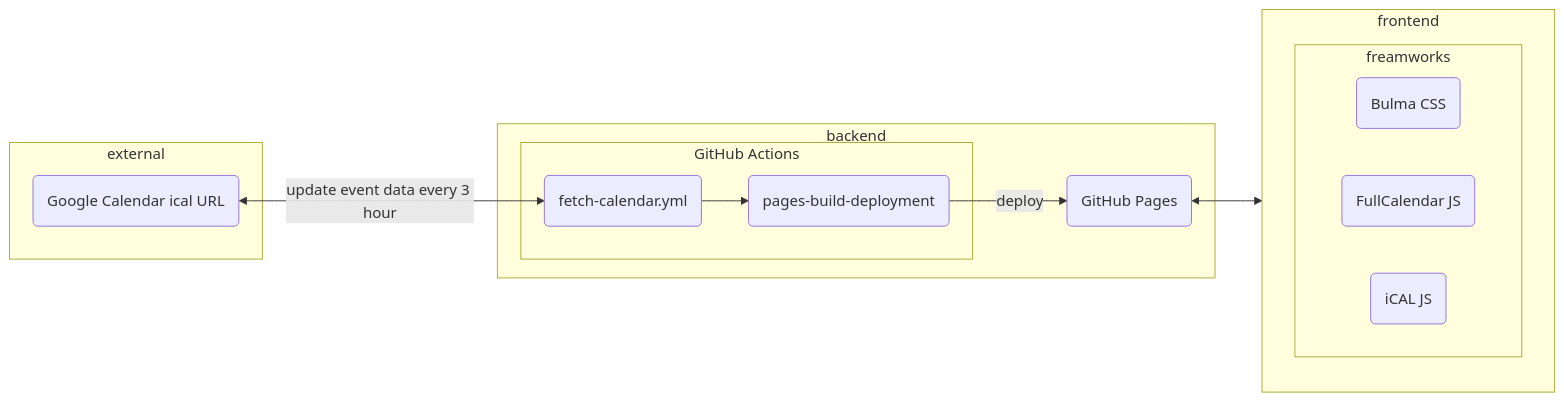
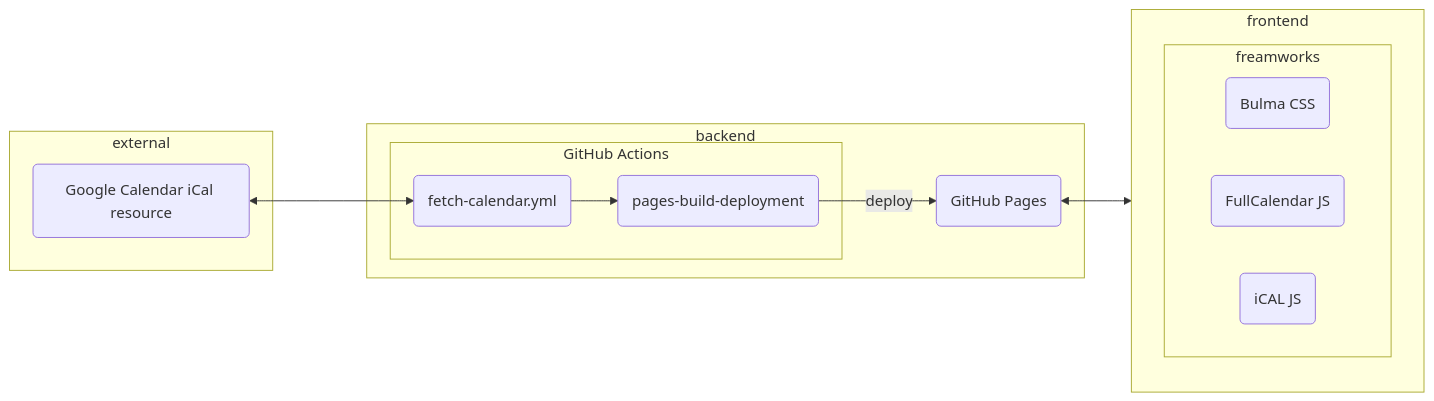
One commit to fox-Nh133/rover-calendar changed the diagram in README.md. Above: the diagram before and after it, drawn with Mermaid.

````diff
--- a/README.md
+++ b/README.md
@@ -10,25 +10,25 @@
 ```mermaid
 graph LR
     subgraph frontend
         subgraph freamworks
            css(Bulma CSS)
            js1(FullCalendar JS)
            js2(iCAL JS)
         end
     end
     subgraph backend
         gh-page(GitHub Pages)
         subgraph GitHub Actions
             fetch(fetch-calendar.yml)
             deploy(pages-build-deployment) 
         end
     end
     subgraph external
-        iCalResource(Google Calendar ical URL)
+        iCalResource(Google Calendar iCal resource)
     end
 
     gh-page <--> frontend
-    iCalResource <--update event data every 3 hour--> fetch
+    iCalResource <---> fetch
     fetch --> deploy
     deploy --deploy--> gh-page
 ```
````
